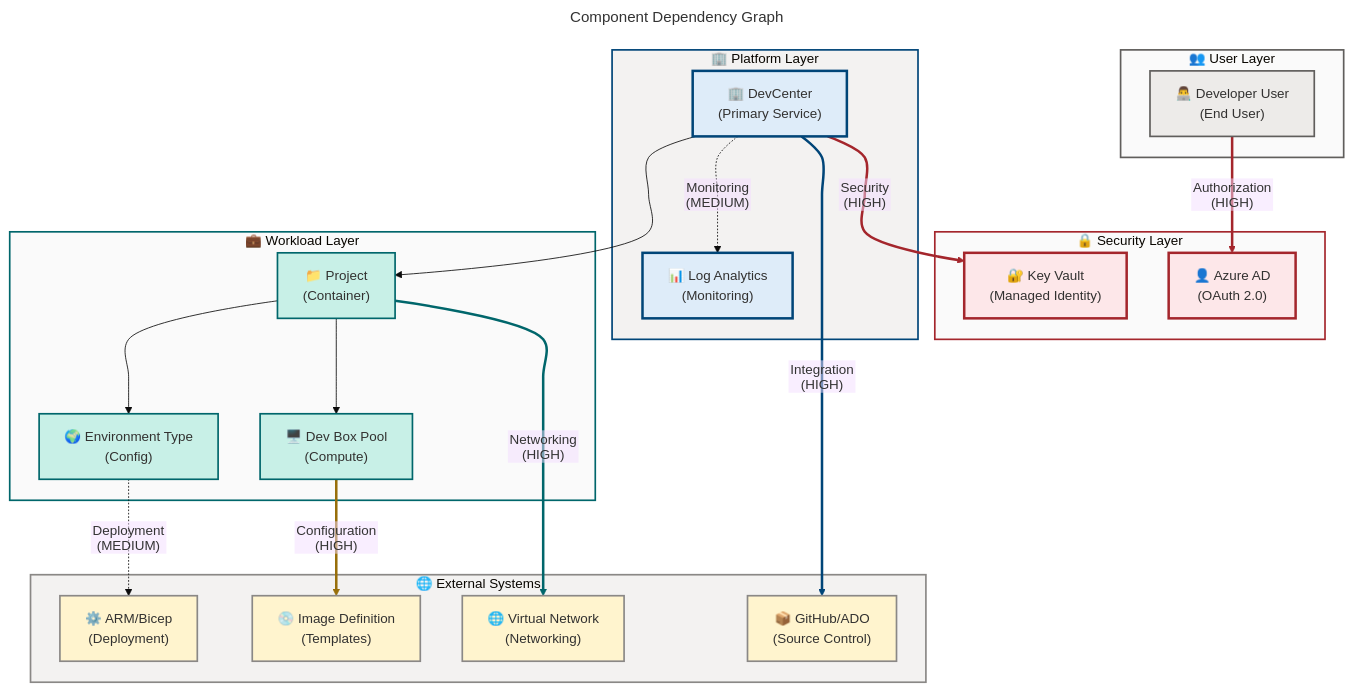
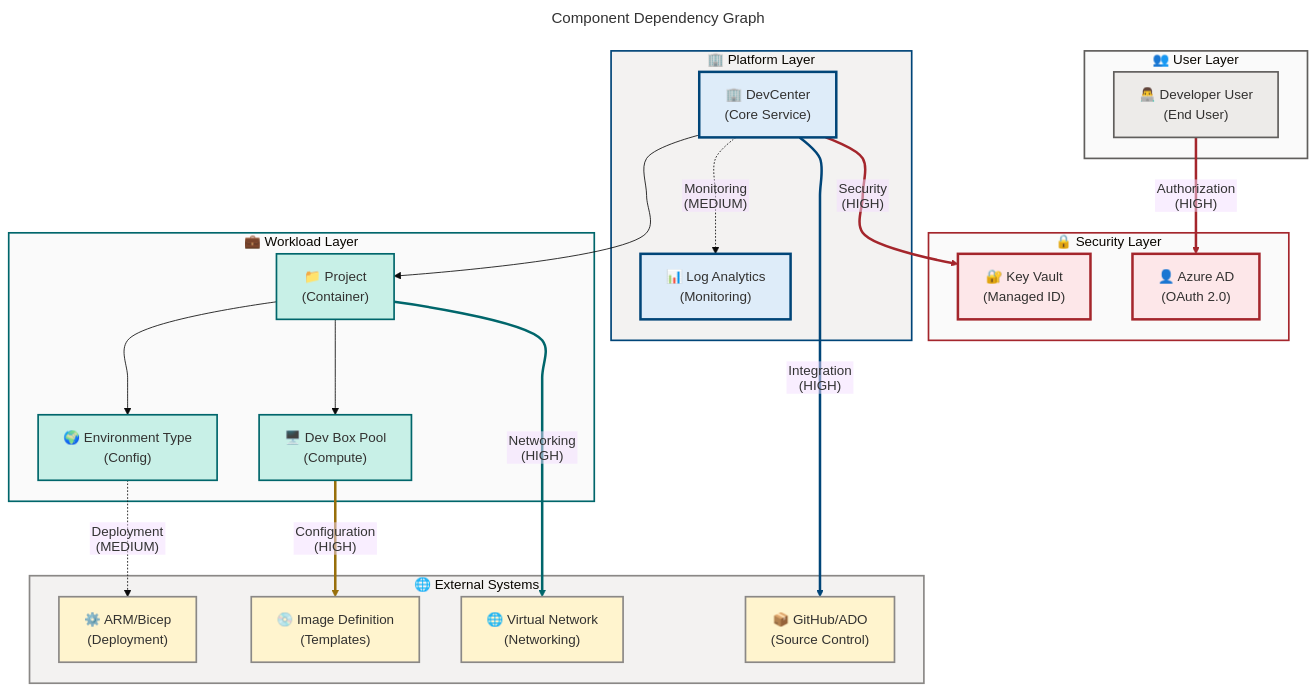
The third of 4 diagrams in docs/architecture/Business-Architecture.md (Evilazaro/DevExp-DevBox), drawn with Mermaid before and after one commit. The commit also changed other lines of this file, not shown here.

Commit message:
fix: update service labels in Business Architecture diagrams for consistency

```diff
--- a/docs/architecture/Business-Architecture.md
+++ b/docs/architecture/Business-Architecture.md
@@ -885,12 +885,12 @@
     %% ═══════════════════════════════════════════════════════════════════════════
 
     subgraph SECURITY["🔒 Security Layer"]
-        KV["🔐 Key Vault<br/>(Managed Identity)"]:::security
+        KV["🔐 Key Vault<br/>(Managed ID)"]:::security
         AAD["👤 Azure AD<br/>(OAuth 2.0)"]:::security
     end
 
     subgraph PLATFORM["🏢 Platform Layer"]
-        DC["🏢 DevCenter<br/>(Primary Service)"]:::platform
+        DC["🏢 DevCenter<br/>(Core Service)"]:::platform
         LA["📊 Log Analytics<br/>(Monitoring)"]:::platform
     end
 
```
